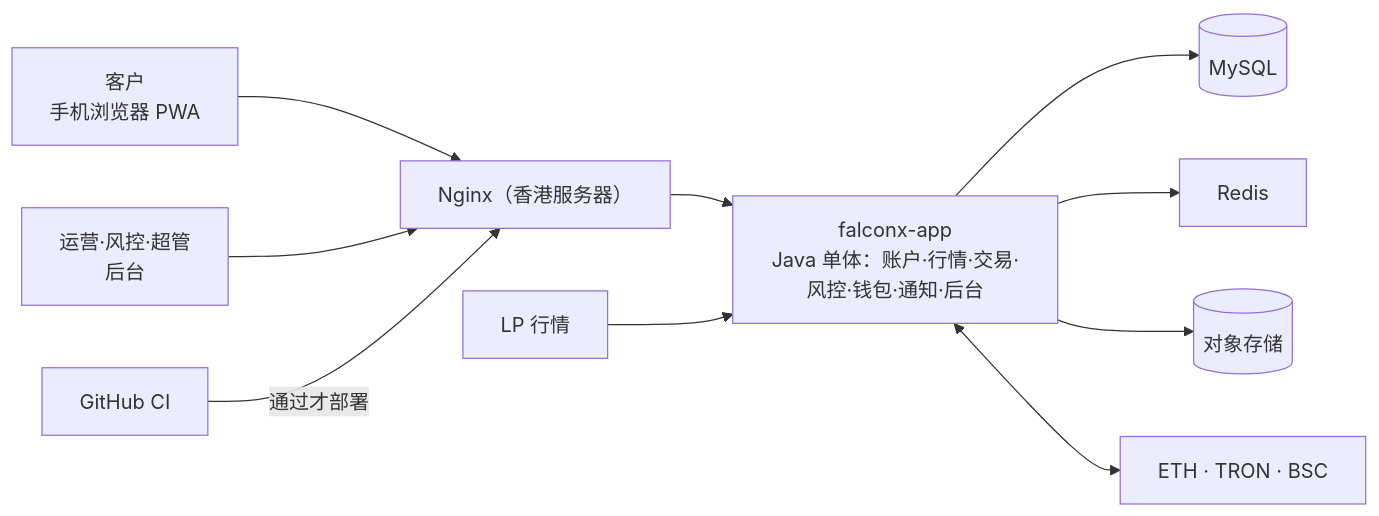
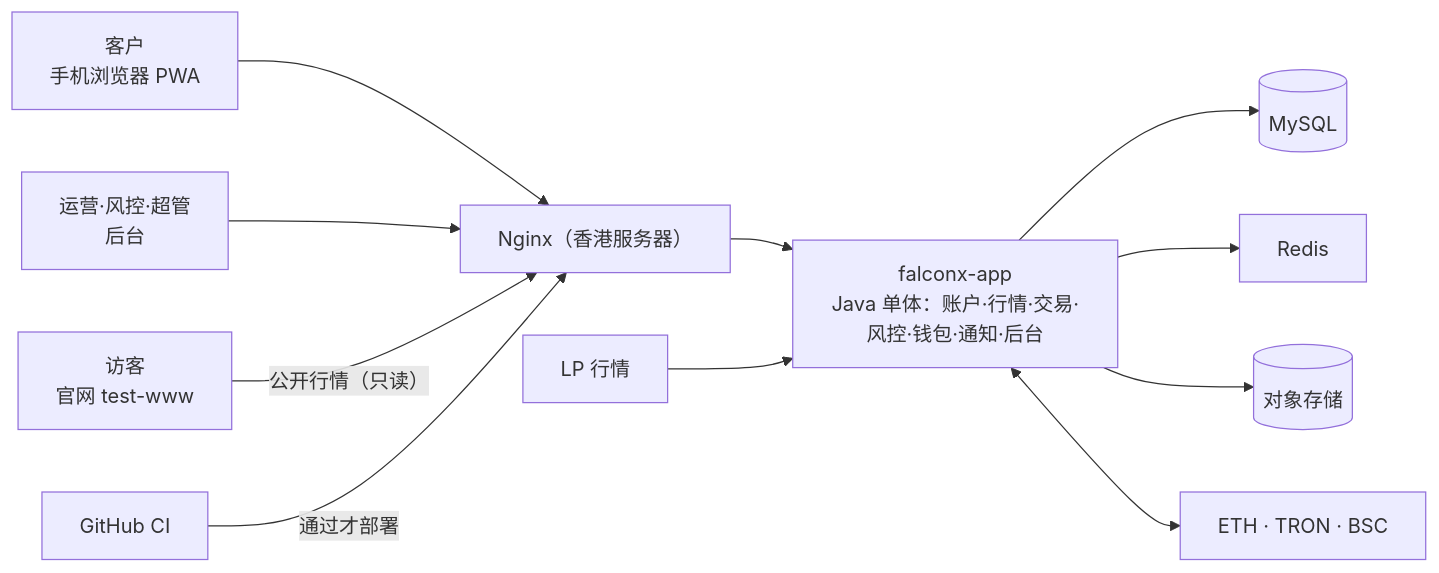
The diagram in 项目地图.md (dollar3651314/falconx-lite), drawn with Mermaid before and after one commit. The commit also changed other lines of this file and 18 other files, not shown here.

````diff
--- a/项目地图.md
+++ b/项目地图.md
@@ -10,10 +10,11 @@
 ```mermaid
 flowchart LR
     C["客户<br/>手机浏览器 PWA"] --> N["Nginx（香港服务器）"]
     A["运营·风控·超管<br/>后台"] --> N
     N --> APP["falconx-app<br/>Java 单体：账户·行情·交易·风控·钱包·通知·后台"]
     APP --> DB[("MySQL")] & R["Redis"] & OS[("对象存储")]
+    W["访客<br/>官网 test-www"] -->|"公开行情（只读）"| N
     LP["LP 行情"] --> APP
     APP <--> CH["ETH · TRON · BSC"]
     GH["GitHub CI"] -->|通过才部署| N
 ```
````
